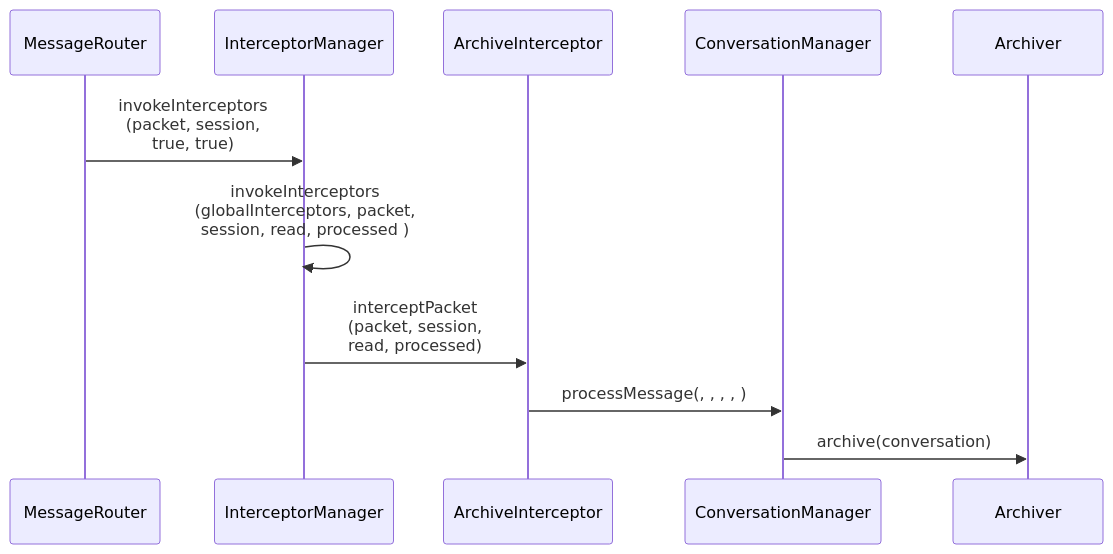
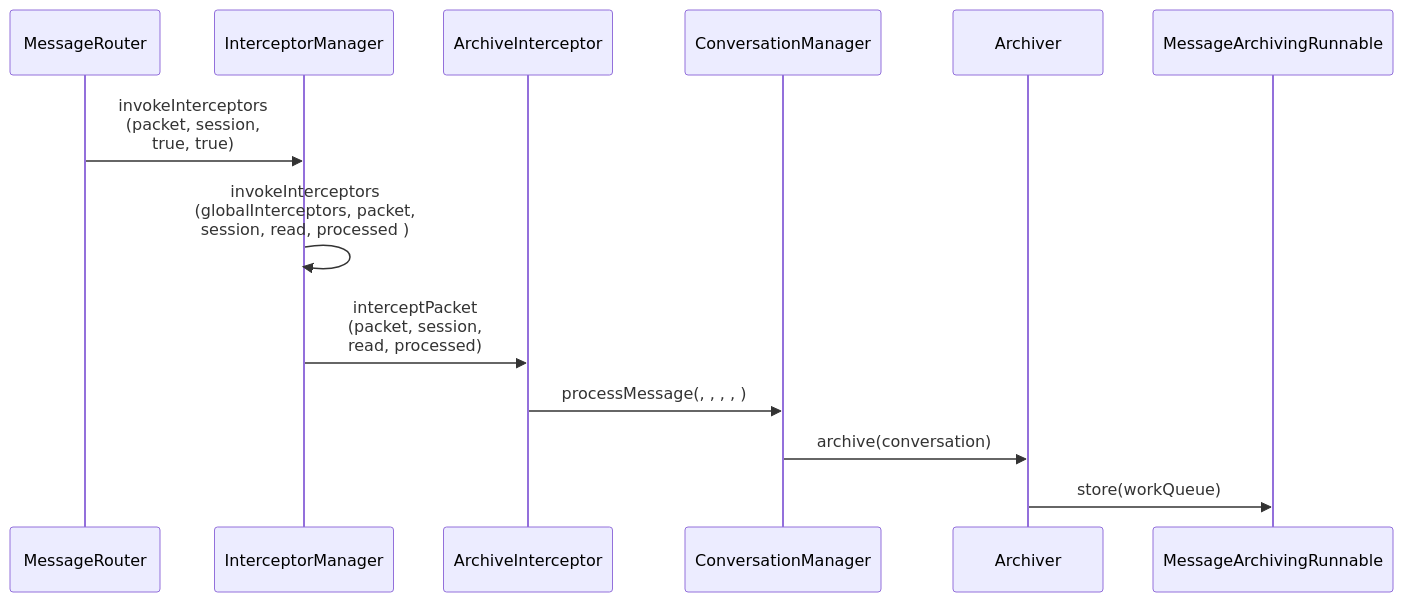
Before and after one commit to chanchan098/Docs: the tenth of 10 diagrams in z-opf/opf.md, drawn with Mermaid. The commit also changed other lines of this file and 4 other files, not shown here.

````diff
--- a/z-opf/opf.md
+++ b/z-opf/opf.md
@@ -489,8 +580,9 @@
 ```mermaid
 sequenceDiagram    
     MessageRouter->>InterceptorManager: invokeInterceptors<br>(packet, session,<br> true, true)
     InterceptorManager->>InterceptorManager: invokeInterceptors<br>(globalInterceptors, packet, <br>session, read, processed );
     InterceptorManager->>ArchiveInterceptor: interceptPacket<br>(packet, session,<br> read, processed)
     ArchiveInterceptor->>ConversationManager: processMessage(, , , , );
     ConversationManager->>Archiver: archive(conversation)
+    Archiver->>MessageArchivingRunnable: store(workQueue)
 ```
````
